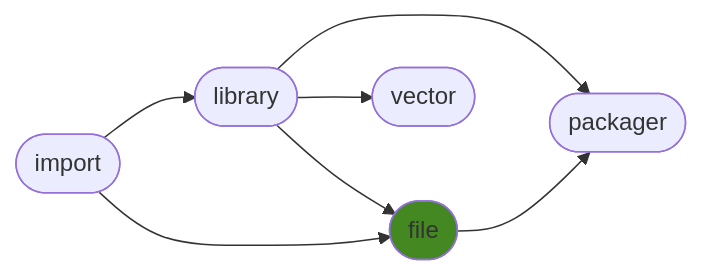
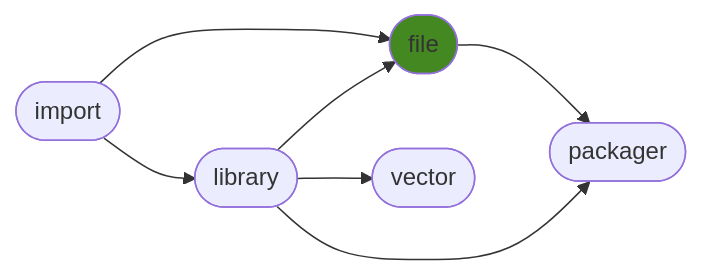
The diagram in README.md (ManderaGeneral/generalfile), drawn with Mermaid before and after one commit. The commit also changed other lines of this file, not shown here.

````diff
--- a/README.md
+++ b/README.md
@@ -24,15 +24,15 @@
 ```mermaid
 flowchart LR
+2([file]) --> 4([packager])
+0([import]) --> 2([file])
+1([library]) --> 4([packager])
 1([library]) --> 2([file])
-0([import]) --> 2([file])
+0([import]) --> 1([library])
 1([library]) --> 3([vector])
-1([library]) --> 4([packager])
-0([import]) --> 1([library])
-2([file]) --> 4([packager])
 click 0 "https://github.com/ManderaGeneral/generalimport"
 click 1 "https://github.com/ManderaGeneral/generallibrary"
 click 2 "https://github.com/ManderaGeneral/generalfile"
 click 3 "https://github.com/ManderaGeneral/generalvector"
 click 4 "https://github.com/ManderaGeneral/generalpackager"
 style 2 fill:#482
 ```
````
